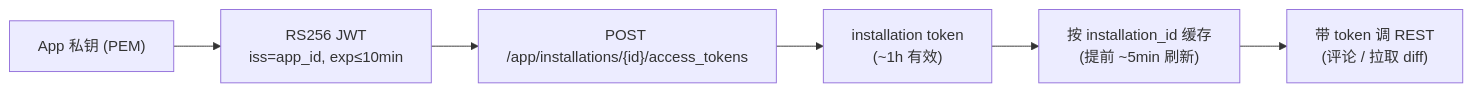
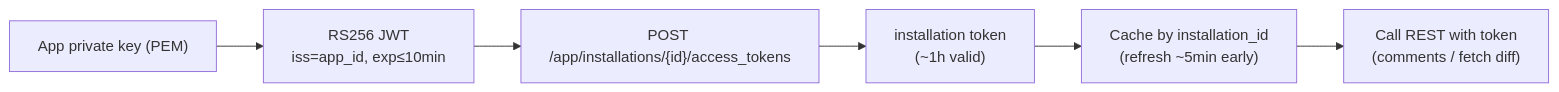
The second of 3 diagrams in docs/plans/phase-10-github-app.md (AndyUneducated/repo-sage), drawn with Mermaid before and after one commit. The commit also changed other lines of this file and 14 other files, not shown here.

````diff
--- a/docs/plans/phase-10-github-app.md
+++ b/docs/plans/phase-10-github-app.md
@@ -97,8 +97,8 @@
 ```mermaid
 flowchart LR
-  PK["App 私钥 (PEM)"] --> JWT["RS256 JWT<br/>iss=app_id, exp≤10min"]
+  PK["App private key (PEM)"] --> JWT["RS256 JWT<br/>iss=app_id, exp≤10min"]
   JWT --> EX["POST /app/installations/{id}/access_tokens"]
-  EX --> TOK["installation token<br/>(~1h 有效)"]
-  TOK --> CACHE["按 installation_id 缓存<br/>(提前 ~5min 刷新)"]
-  CACHE --> CALL["带 token 调 REST<br/>(评论 / 拉取 diff)"]
+  EX --> TOK["installation token<br/>(~1h valid)"]
+  TOK --> CACHE["Cache by installation_id<br/>(refresh ~5min early)"]
+  CACHE --> CALL["Call REST with token<br/>(comments / fetch diff)"]
 ```
````
